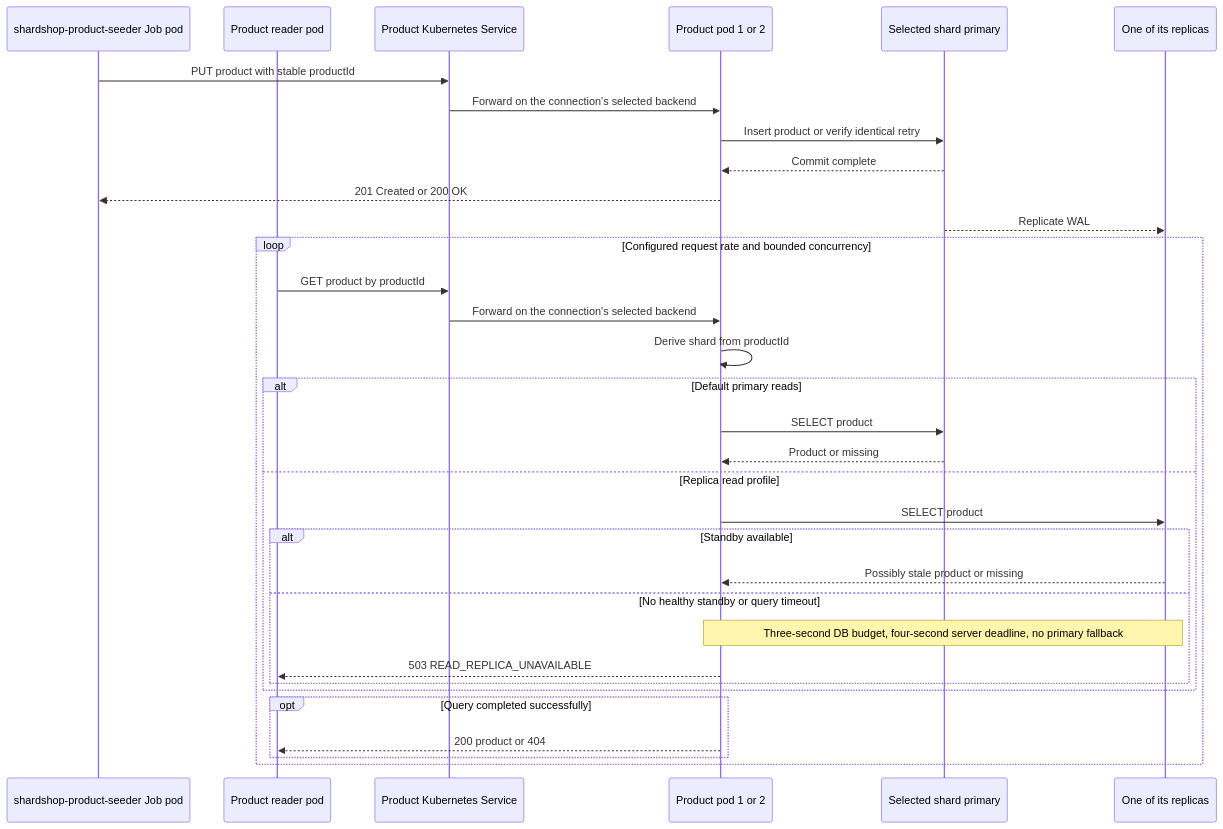
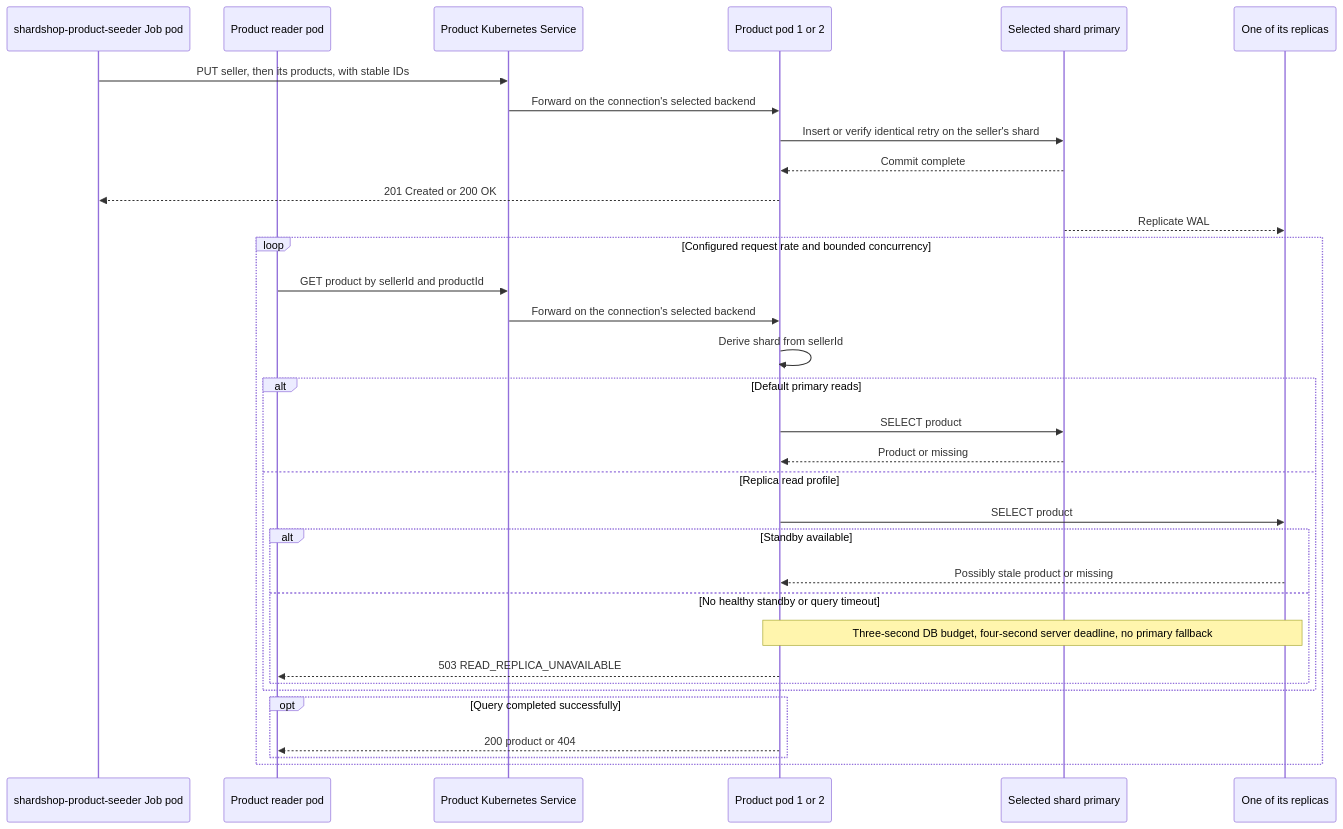
The third of 7 diagrams in microservices/shardshop/ARCHITECTURE.md (nklip/JavaCraft), drawn with Mermaid before and after one commit. The commit also changed other lines of this file and 48 other files, not shown here.

````diff
--- a/microservices/shardshop/ARCHITECTURE.md
+++ b/microservices/shardshop/ARCHITECTURE.md
@@ -569,37 +788,37 @@
 ```mermaid
 sequenceDiagram
     participant Producer as shardshop-product-seeder Job pod
     participant Reader as Product reader pod
     participant Service as Product Kubernetes Service
     participant API as Product pod 1 or 2
     participant Primary as Selected shard primary
     participant Replica as One of its replicas
 
-    Producer->>Service: PUT product with stable productId
+    Producer->>Service: PUT seller, then its products, with stable IDs
     Service->>API: Forward on the connection's selected backend
-    API->>Primary: Insert product or verify identical retry
+    API->>Primary: Insert or verify identical retry on the seller's shard
     Primary-->>API: Commit complete
     API-->>Producer: 201 Created or 200 OK
     Primary-->>Replica: Replicate WAL
 
     loop Configured request rate and bounded concurrency
-        Reader->>Service: GET product by productId
+        Reader->>Service: GET product by sellerId and productId
         Service->>API: Forward on the connection's selected backend
-        API->>API: Derive shard from productId
+        API->>API: Derive shard from sellerId
         alt Default primary reads
             API->>Primary: SELECT product
             Primary-->>API: Product or missing
         else Replica read profile
             API->>Replica: SELECT product
             alt Standby available
                 Replica-->>API: Possibly stale product or missing
             else No healthy standby or query timeout
                 Note over API,Replica: Three-second DB budget, four-second server deadline, no primary fallback
                 API-->>Reader: 503 READ_REPLICA_UNAVAILABLE
             end
         end
         opt Query completed successfully
             API-->>Reader: 200 product or 404
         end
     end
 ```
````
